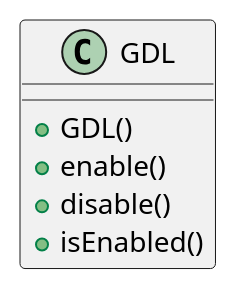
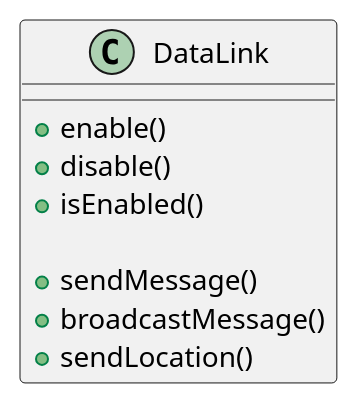
One commit to joshua-jerred/Giraffe changed the diagram in docs/data_link.md. Above: the diagram before and after it, drawn with PlantUML. The commit also changed 21 other files, not shown here.

````diff
--- a/docs/data_link.md
+++ b/docs/data_link.md
@@ -14,10 +10,14 @@
 ```plantuml
 @startuml
-class GDL {
-    + GDL()
+class DataLink {
     + enable()
     + disable()
     + isEnabled()
+
+    + sendMessage()
+    + broadcastMessage()
+    + sendLocation()
+
 }
 @enduml
 ```
````
